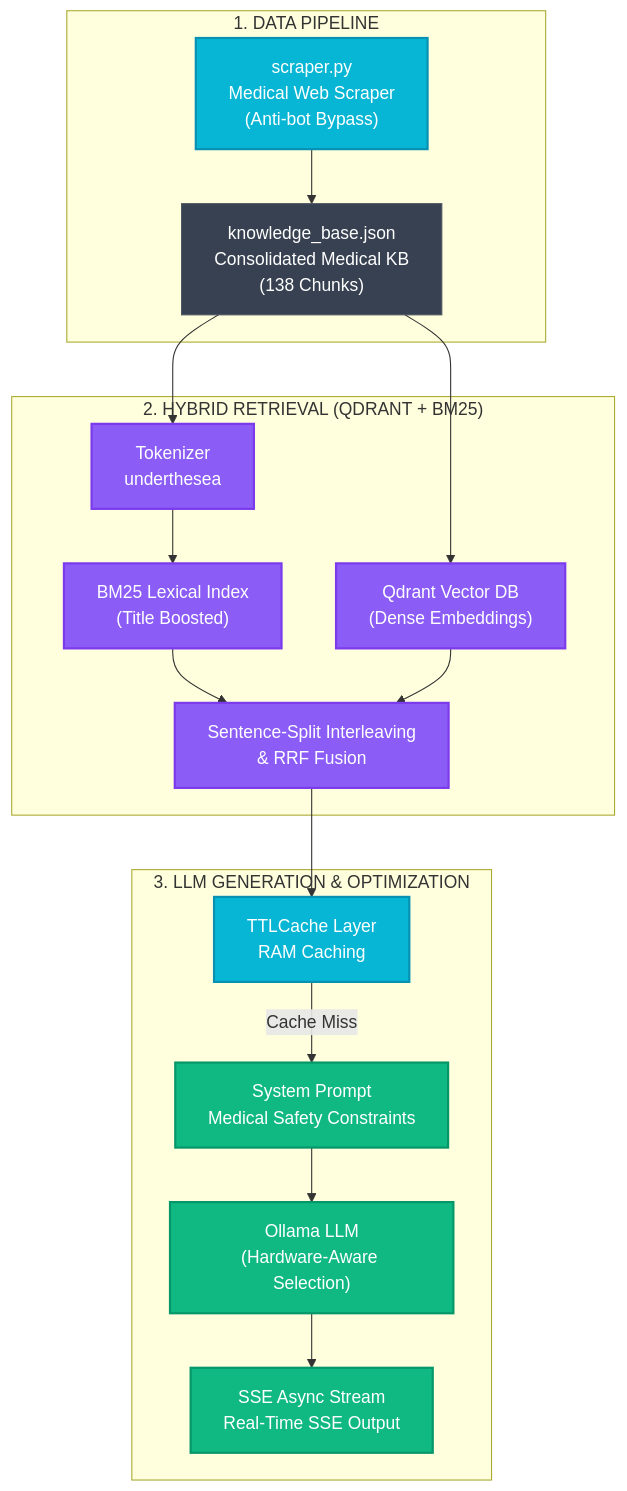
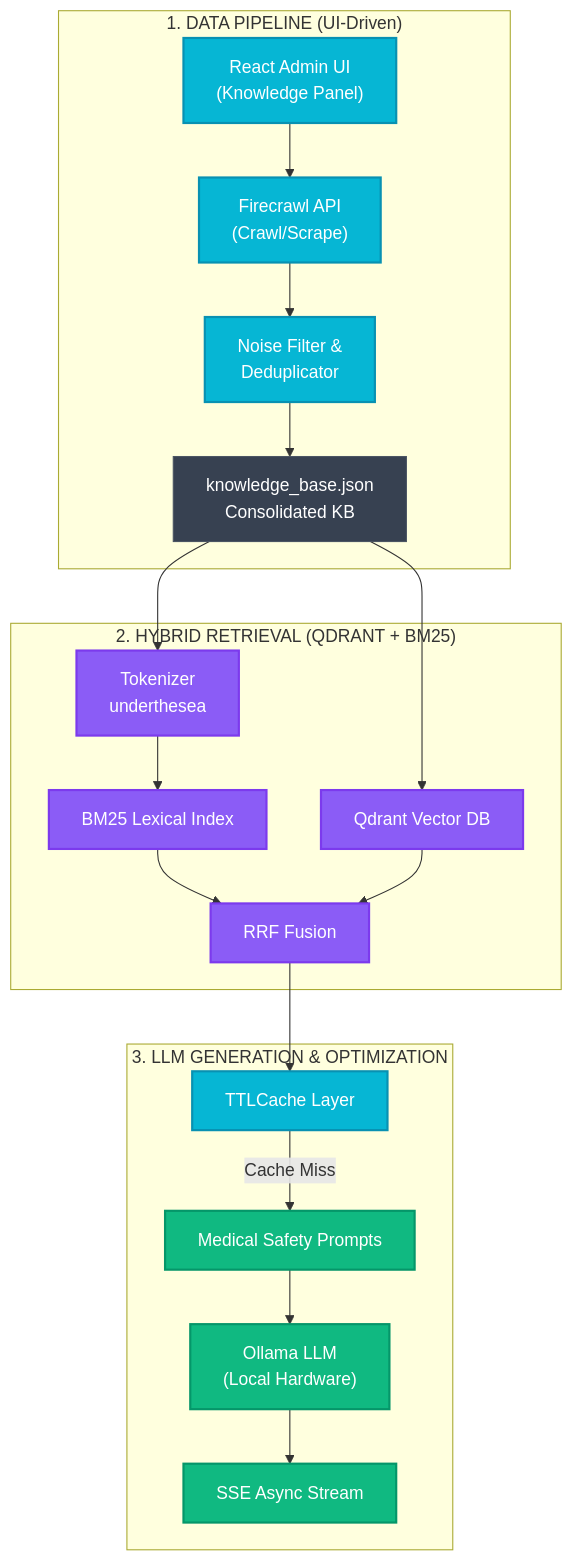
One commit to danggvuu/AI_chatbot-lung-cancer changed the diagram in README.md. Above: the diagram before and after it, drawn with Mermaid. The commit also changed other lines of this file and 11 other files, not shown here.

````diff
--- a/README.md
+++ b/README.md
@@ -32,37 +33,41 @@
 ```mermaid
 flowchart TD
     classDef cyan fill:#06b6d4,stroke:#0891b2,stroke-width:2px,color:#fff;
     classDef purple fill:#8b5cf6,stroke:#7c3aed,stroke-width:2px,color:#fff;
     classDef green fill:#10b981,stroke:#059669,stroke-width:2px,color:#fff;
     classDef gray fill:#374151,stroke:#4b5563,stroke-width:1px,color:#fff;
 
-    subgraph DataPrep ["1. DATA PIPELINE"]
-        A["scraper.py<br/>Medical Web Scraper<br/>(Anti-bot Bypass)"]:::cyan
-        C["knowledge_base.json<br/>Consolidated Medical KB<br/>(138 Chunks)"]:::gray
+    subgraph DataPrep ["1. DATA PIPELINE (UI-Driven)"]
+        UI["React Admin UI<br/>(Knowledge Panel)"]:::cyan
+        FC["Firecrawl API<br/>(Crawl/Scrape)"]:::cyan
+        Filter["Noise Filter &<br/>Deduplicator"]:::cyan
+        C["knowledge_base.json<br/>Consolidated KB"]:::gray
     end
 
     subgraph Retrieval ["2. HYBRID RETRIEVAL (QDRANT + BM25)"]
         D["Tokenizer<br/>underthesea"]:::purple
-        E1["BM25 Lexical Index<br/>(Title Boosted)"]:::purple
-        E2["Qdrant Vector DB<br/>(Dense Embeddings)"]:::purple
-        F["Sentence-Split Interleaving<br/>& RRF Fusion"]:::purple
+        E1["BM25 Lexical Index"]:::purple
+        E2["Qdrant Vector DB"]:::purple
+        F["RRF Fusion"]:::purple
     end
 
     subgraph GenOps ["3. LLM GENERATION & OPTIMIZATION"]
-        Cache["TTLCache Layer<br/>RAM Caching"]:::cyan
-        G["System Prompt<br/>Medical Safety Constraints"]:::green
-        H["Ollama LLM<br/>(Hardware-Aware Selection)"]:::green
-        I["SSE Async Stream<br/>Real-Time SSE Output"]:::green
+        Cache["TTLCache Layer"]:::cyan
+        G["Medical Safety Prompts"]:::green
+        H["Ollama LLM<br/>(Local Hardware)"]:::green
+        I["SSE Async Stream"]:::green
     end
 
-    A --> C
+    UI --> FC
+    FC --> Filter
+    Filter --> C
     C --> D
     D --> E1
     C --> E2
     E1 --> F
     E2 --> F
     F --> Cache
     Cache -->|Cache Miss| G
     G --> H
     H --> I
 ```
````
